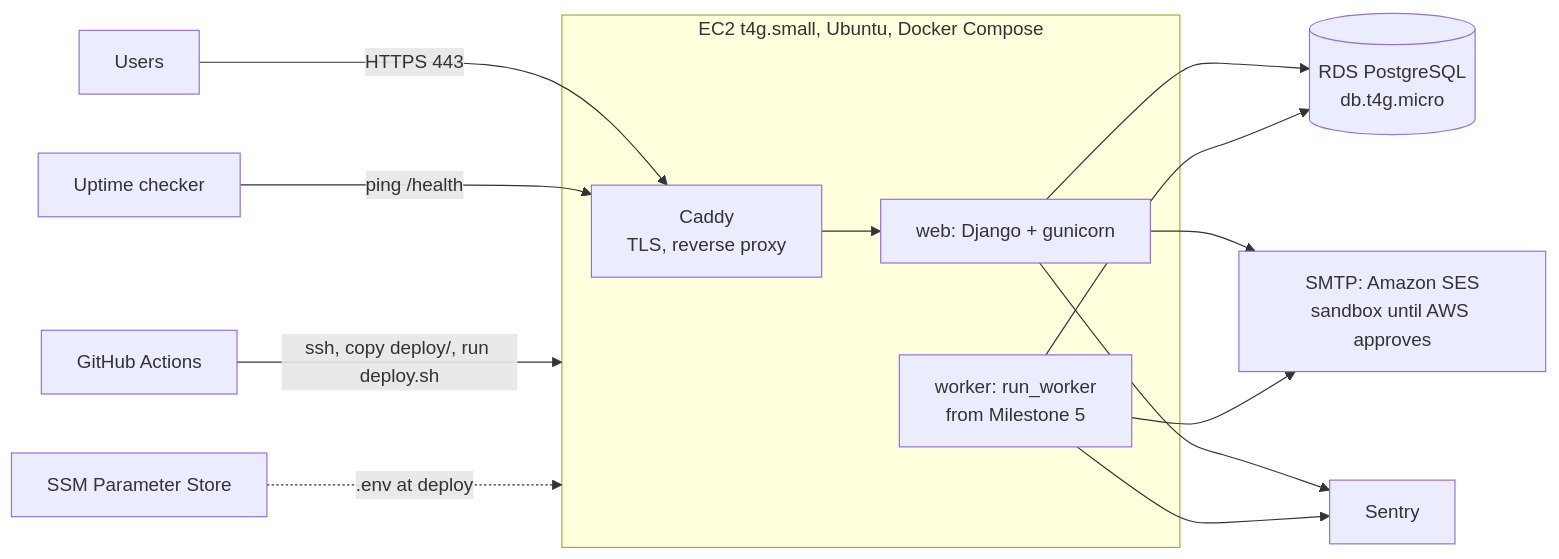
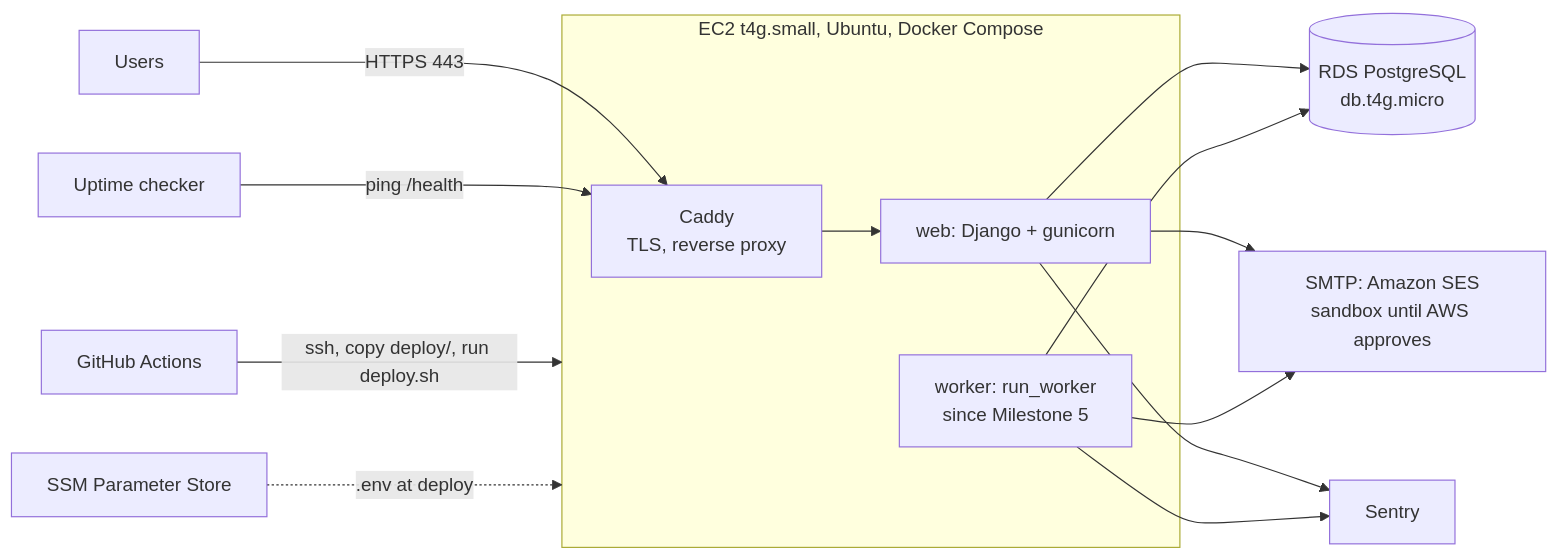
One commit to Sohum-Gupta/AccelerareMVP changed the diagram in docs/04-infrastructure.md. Above: the diagram before and after it, drawn with Mermaid. The commit also changed other lines of this file and 4 other files, not shown here.

````diff
--- a/docs/04-infrastructure.md
+++ b/docs/04-infrastructure.md
@@ -16,17 +16,17 @@
 ```mermaid
 flowchart LR
     U[Users] -->|HTTPS 443| C[Caddy<br/>TLS, reverse proxy]
     subgraph EC2 [EC2 t4g.small, Ubuntu, Docker Compose]
         C --> W[web: Django + gunicorn]
-        K[worker: run_worker<br/>from Milestone 5]
+        K[worker: run_worker<br/>since Milestone 5]
     end
     W --> R[(RDS PostgreSQL<br/>db.t4g.micro)]
     K --> R
     W --> M[SMTP: Amazon SES<br/>sandbox until AWS approves]
     K --> M
     GH[GitHub Actions] -->|ssh, copy deploy/, run deploy.sh| EC2
     W --> S[Sentry]
     K --> S
     UP[Uptime checker] -->|ping /health| C
     PS[SSM Parameter Store] -.->|.env at deploy| EC2
 ```
````
